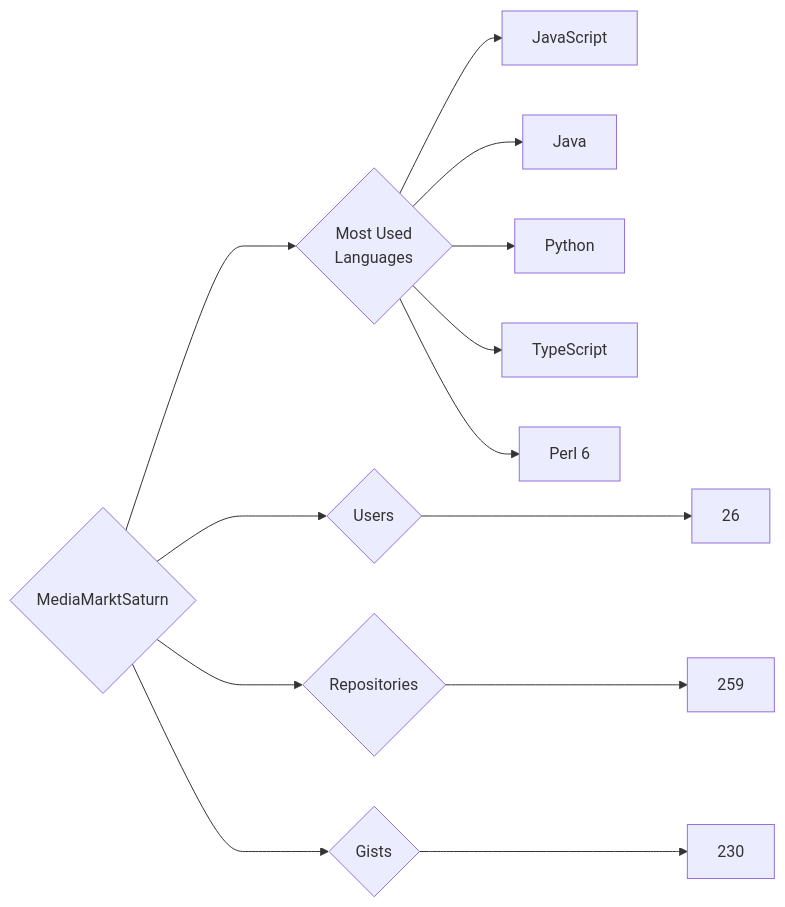
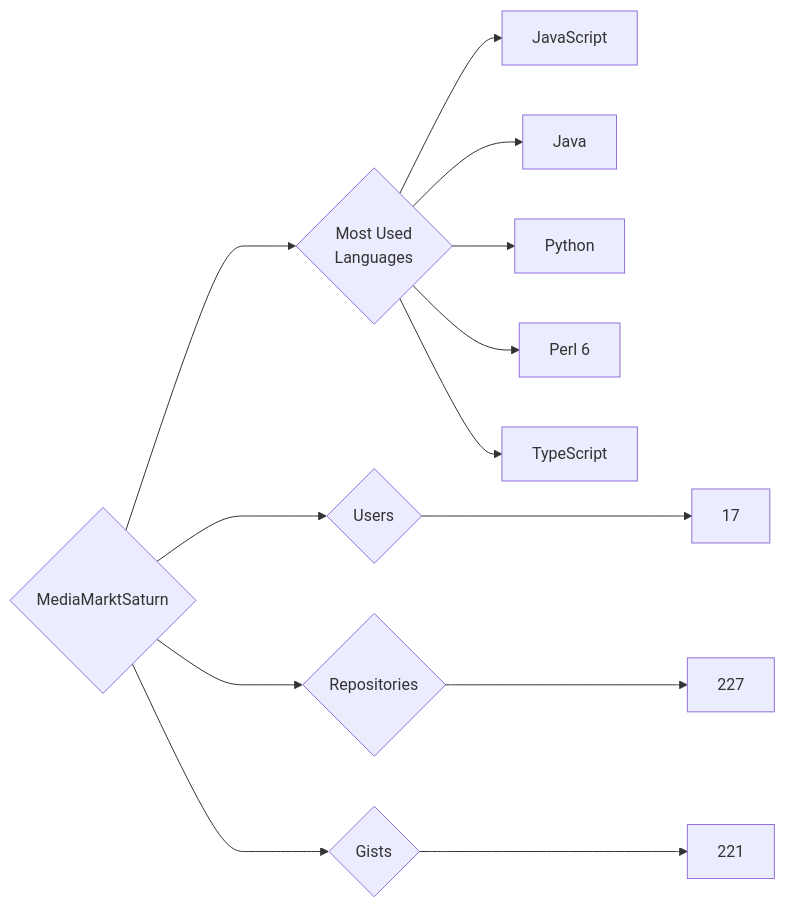
One commit to trickest/insiders changed the diagram in targets/MediaMarktSaturn/README.md. Above: the diagram before and after it, drawn with Mermaid. The commit also changed 970 other files, not shown here.

````diff
--- a/targets/MediaMarktSaturn/README.md
+++ b/targets/MediaMarktSaturn/README.md
@@ -3,13 +3,13 @@
 ```mermaid
 graph LR
 COMPANY_NAME{MediaMarktSaturn}
-COMPANY_NAME ---> U{Users} ---> UN[26]
-COMPANY_NAME ---> R{Repositories} ---> RN[259]
-COMPANY_NAME ---> G{Gists} ---> GN[230]
+COMPANY_NAME ---> U{Users} ---> UN[17]
+COMPANY_NAME ---> R{Repositories} ---> RN[227]
+COMPANY_NAME ---> G{Gists} ---> GN[221]
 COMPANY_NAME ---> ML{Most Used<br>Languages}
 ML --> JavaScript[JavaScript]
 ML --> Java[Java]
 ML --> Python[Python]
+ML --> Perl_6[Perl 6]
 ML --> TypeScript[TypeScript]
-ML --> Perl_6[Perl 6]
 ```
````
